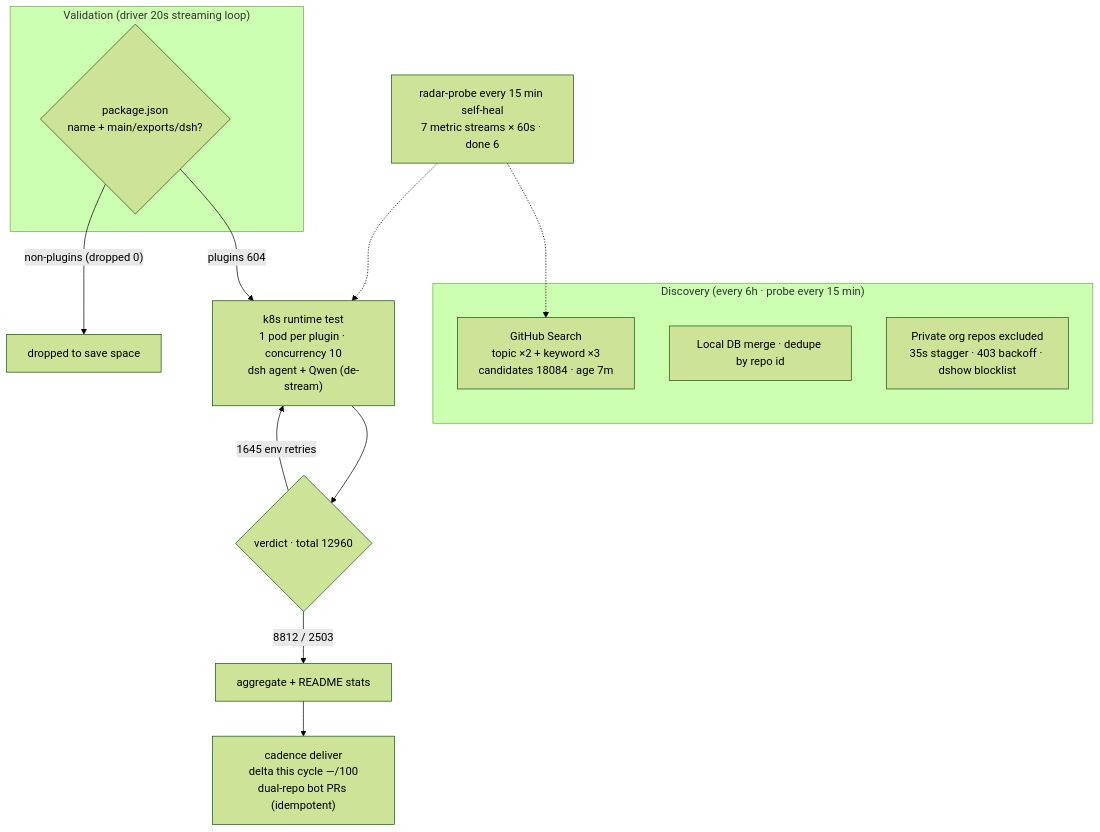
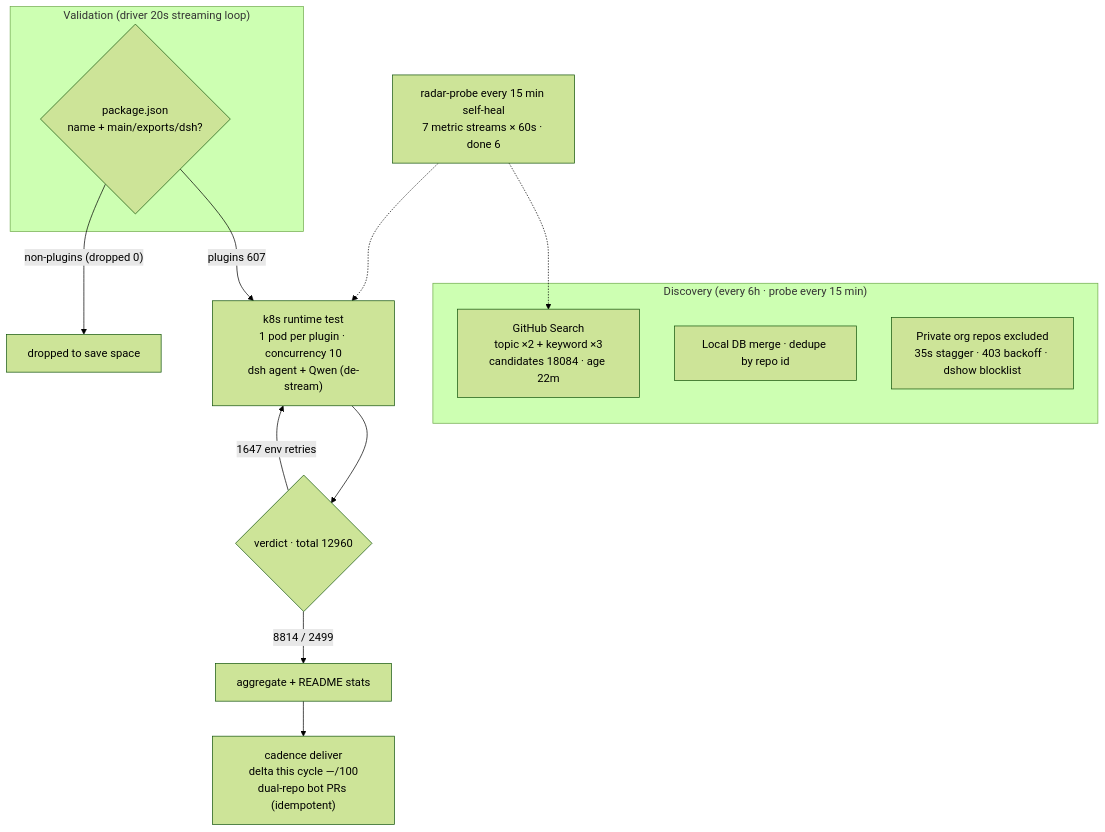
The diagram in README.en-US.md (AdamPlatin123/awesome-dsh-plugins), drawn with Mermaid (forest theme) before and after one commit. The commit also changed other lines of this file and 5 other files, not shown here.

````diff
--- a/README.en-US.md
+++ b/README.en-US.md
@@ -45,20 +45,20 @@
 ```mermaid
 flowchart TB
     subgraph Discovery["Discovery (every 6h · probe every 15 min)"]
-        A1["GitHub Search<br/>topic ×2 + keyword ×3<br/>candidates 18084 · age 7m"]
+        A1["GitHub Search<br/>topic ×2 + keyword ×3<br/>candidates 18084 · age 22m"]
         A2["Local DB merge · dedupe by repo id"]
         A3["Private org repos excluded<br/>35s stagger · 403 backoff · dshow blocklist"]
     end
     subgraph Validation["Validation (driver 20s streaming loop)"]
         B1{"package.json<br/>name + main/exports/dsh?"}
     end
-    B1 -->|"plugins 604"| C1["k8s runtime test<br/>1 pod per plugin · concurrency 10<br/>dsh agent + Qwen (de-stream)"]
+    B1 -->|"plugins 607"| C1["k8s runtime test<br/>1 pod per plugin · concurrency 10<br/>dsh agent + Qwen (de-stream)"]
     B1 -->|"non-plugins (dropped 0)"| B3["dropped to save space"]
     C1 --> D1{"verdict · total 12960"}
-    D1 -->|"8812 / 2503"| E1["aggregate + README stats"]
-    D1 -->|"1645 env retries"| C1
+    D1 -->|"8814 / 2499"| E1["aggregate + README stats"]
+    D1 -->|"1647 env retries"| C1
     E1 --> E2["cadence deliver<br/>delta this cycle —/100<br/>dual-repo bot PRs (idempotent)"]
     M["radar-probe every 15 min self-heal<br/>7 metric streams × 60s · done 6"]
     M -.-> A1
     M -.-> C1
 ```
````
